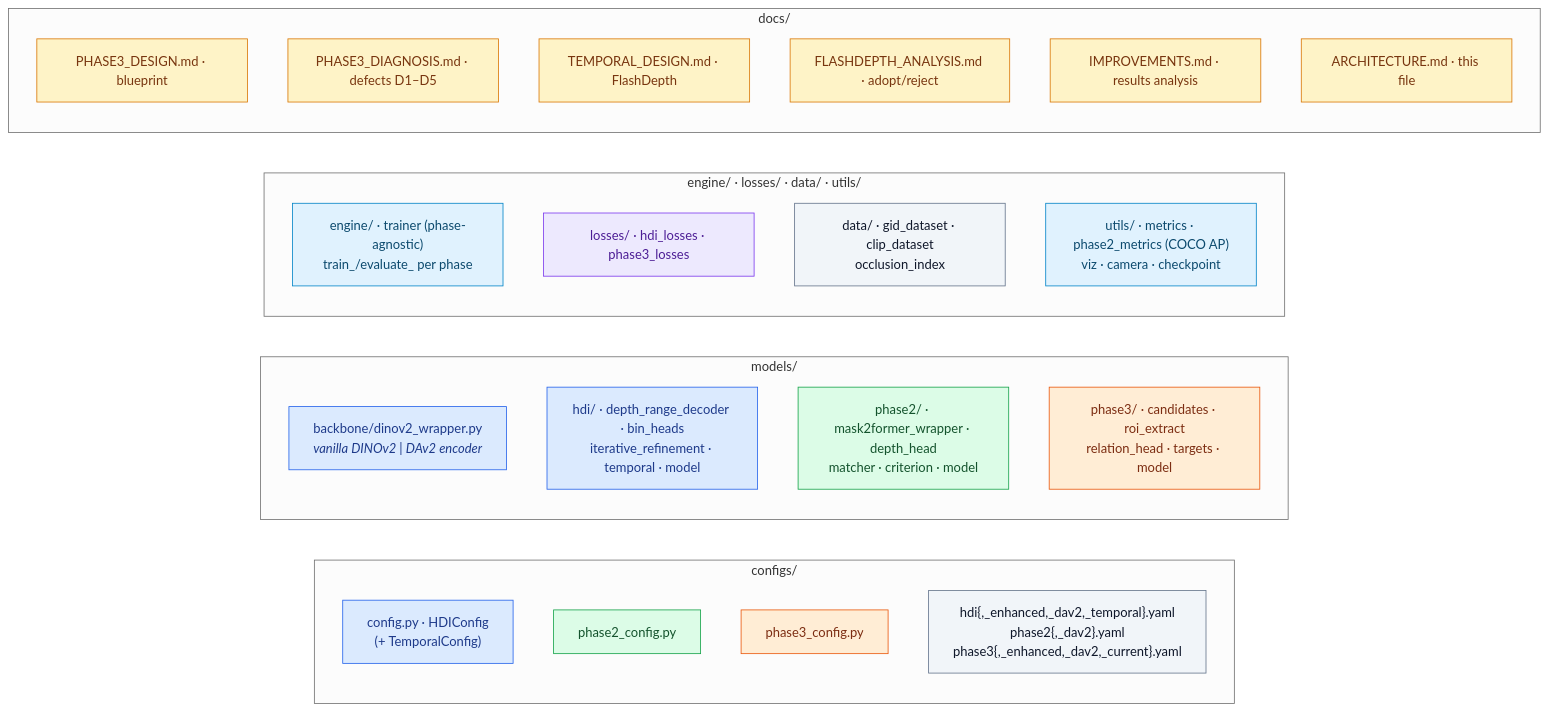
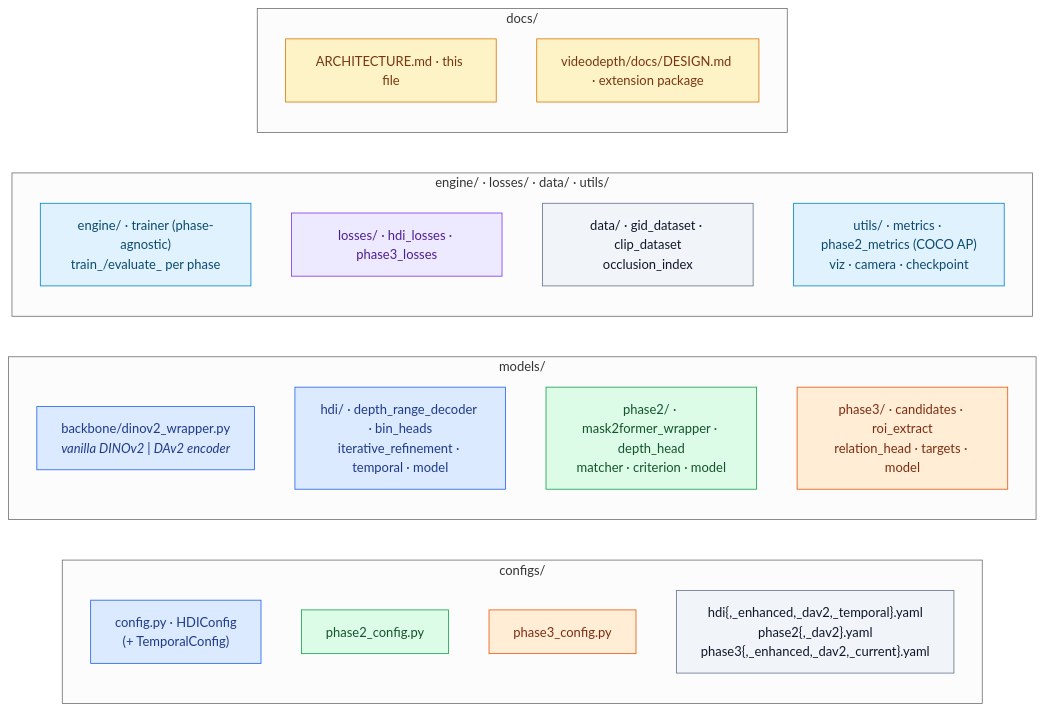
One commit to KSJanjua/ProCodes changed the tenth of 10 diagrams in docs/ARCHITECTURE.md. Above: the diagram before and after it, drawn with Mermaid (neutral theme). The commit also changed other lines of this file and 60 other files, not shown here.

````diff
--- a/docs/ARCHITECTURE.md
+++ b/docs/ARCHITECTURE.md
@@ -435,44 +435,40 @@
 ```mermaid
 flowchart LR
     subgraph CFGD ["configs/"]
         direction TB
         CF1["config.py · HDIConfig<br/>(+ TemporalConfig)"]:::p1
         CF2["phase2_config.py"]:::p2
         CF3["phase3_config.py"]:::p3
         CF4["hdi{,_enhanced,_dav2,_temporal}.yaml<br/>phase2{,_dav2}.yaml<br/>phase3{,_enhanced,_dav2,_current}.yaml"]:::io
     end
 
     subgraph MODELS ["models/"]
         direction TB
         M0["backbone/dinov2_wrapper.py<br/><i>vanilla DINOv2 | DAv2 encoder</i>"]:::p1
         M1["hdi/ · depth_range_decoder · bin_heads<br/>iterative_refinement · temporal · model"]:::p1
         M2["phase2/ · mask2former_wrapper · depth_head<br/>matcher · criterion · model"]:::p2
         M3["phase3/ · candidates · roi_extract<br/>relation_head · targets · model"]:::p3
     end
 
     subgraph REST ["engine/ · losses/ · data/ · utils/"]
         direction TB
         E["engine/ · trainer (phase-agnostic)<br/>train_/evaluate_ per phase"]:::tool
         LO["losses/ · hdi_losses · phase3_losses"]:::metric
         DA["data/ · gid_dataset · clip_dataset<br/>occlusion_index"]:::io
         UT["utils/ · metrics · phase2_metrics (COCO AP)<br/>viz · camera · checkpoint"]:::tool
     end
 
     subgraph DOCS ["docs/"]
         direction TB
-        D1["PHASE3_DESIGN.md · blueprint"]:::doc
-        D2["PHASE3_DIAGNOSIS.md · defects D1–D5"]:::doc
-        D3["TEMPORAL_DESIGN.md · FlashDepth"]:::doc
-        D4["FLASHDEPTH_ANALYSIS.md · adopt/reject"]:::doc
-        D5["IMPROVEMENTS.md · results analysis"]:::doc
         D6["ARCHITECTURE.md · this file"]:::doc
+        D7["videodepth/docs/DESIGN.md · extension package"]:::doc
     end
 
     classDef p1 fill:#dbeafe,stroke:#2563eb,color:#1e3a8a
     classDef p2 fill:#dcfce7,stroke:#16a34a,color:#14532d
     classDef p3 fill:#ffedd5,stroke:#ea580c,color:#7c2d12
     classDef tool fill:#e0f2fe,stroke:#0284c7,color:#0c4a6e
     classDef metric fill:#ede9fe,stroke:#7c3aed,color:#4c1d95
     classDef io fill:#f1f5f9,stroke:#64748b,color:#0f172a
     classDef doc fill:#fef3c7,stroke:#d97706,color:#78350f
 ```
````
